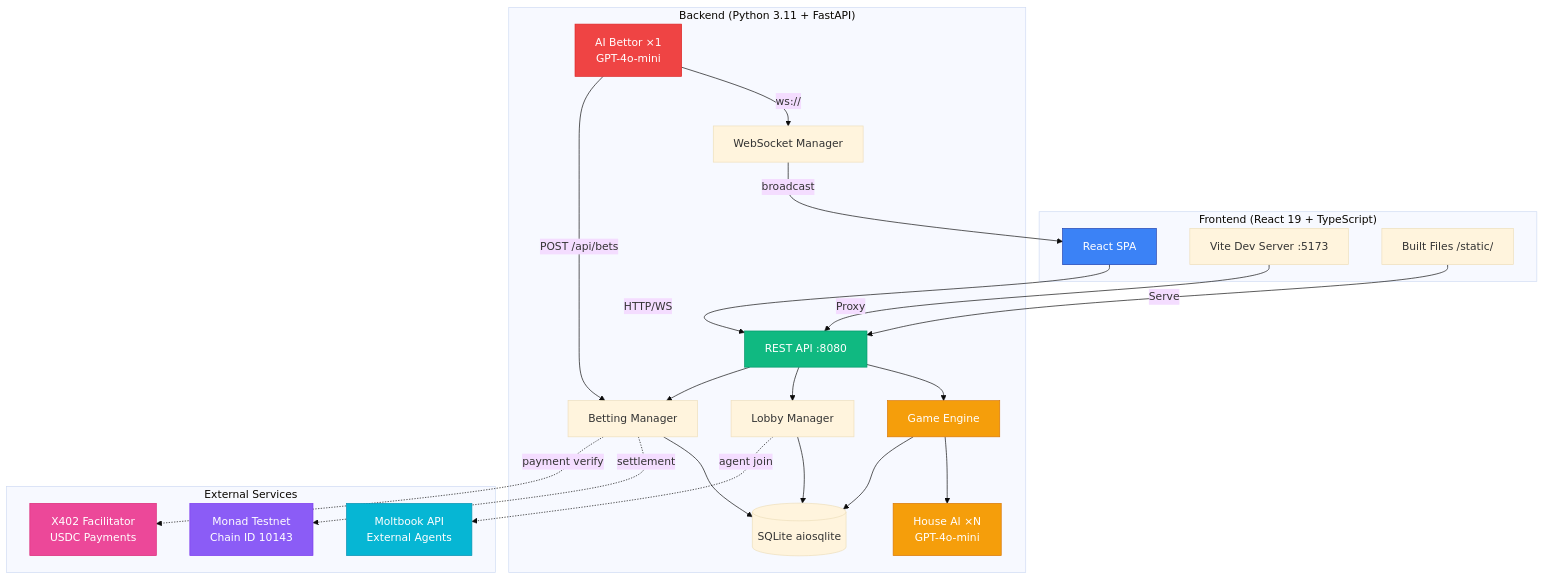
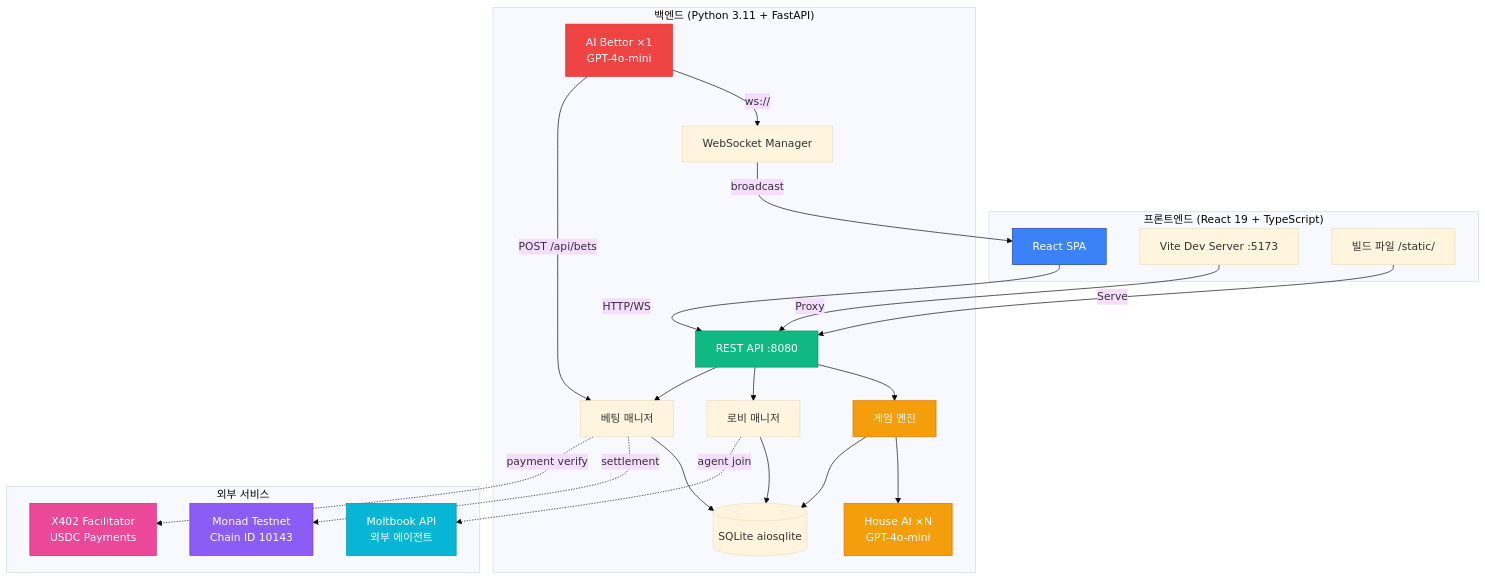
The first of 6 diagrams in docs/USERFLOW.ko.md (0xarkstar/mafi-AI), drawn with Mermaid (base theme) before and after one commit. The commit also changed other lines of this file and 3 other files, not shown here.

````diff
--- a/docs/USERFLOW.ko.md
+++ b/docs/USERFLOW.ko.md
@@ -96,54 +96,54 @@
 ```mermaid
 graph TB
-    subgraph "Frontend (React 19 + TypeScript)"
+    subgraph "프론트엔드 (React 19 + TypeScript)"
         UI[React SPA]
         Vite[Vite Dev Server :5173]
-        Static[Built Files /static/]
+        Static[빌드 파일 /static/]
     end
 
-    subgraph "Backend (Python 3.11 + FastAPI)"
+    subgraph "백엔드 (Python 3.11 + FastAPI)"
         API[REST API :8080]
         WS[WebSocket Manager]
-        Engine[Game Engine]
+        Engine[게임 엔진]
         HouseAI[House AI ×N<br/>GPT-4o-mini]
         AIBet[AI Bettor ×1<br/>GPT-4o-mini]
-        Lobby[Lobby Manager]
-        Betting[Betting Manager]
+        Lobby[로비 매니저]
+        Betting[베팅 매니저]
         DB[(SQLite aiosqlite)]
     end
 
-    subgraph "External Services"
+    subgraph "외부 서비스"
         Blockchain[Monad Testnet<br/>Chain ID 10143]
         X402[X402 Facilitator<br/>USDC Payments]
-        Moltbook[Moltbook API<br/>External Agents]
+        Moltbook[Moltbook API<br/>외부 에이전트]
     end
 
     UI -->|HTTP/WS| API
     Vite -->|Proxy| API
     Static -->|Serve| API
 
     API --> Engine
     API --> Lobby
     API --> Betting
     WS -->|broadcast| UI
     Engine --> HouseAI
     Engine --> DB
     Lobby --> DB
     Betting --> DB
 
     AIBet -->|ws://| WS
     AIBet -->|POST /api/bets| Betting
 
     Betting -.->|settlement| Blockchain
     Betting -.->|payment verify| X402
     Lobby -.->|agent join| Moltbook
 
     style UI fill:#3b82f6,stroke:#1e40af,color:#fff
     style API fill:#10b981,stroke:#059669,color:#fff
     style Engine fill:#f59e0b,stroke:#d97706,color:#fff
     style HouseAI fill:#f59e0b,stroke:#d97706,color:#fff
     style AIBet fill:#ef4444,stroke:#dc2626,color:#fff
     style Blockchain fill:#8b5cf6,stroke:#7c3aed,color:#fff
     style X402 fill:#ec4899,stroke:#db2777,color:#fff
     style Moltbook fill:#06b6d4,stroke:#0891b2,color:#fff
 ```
````
